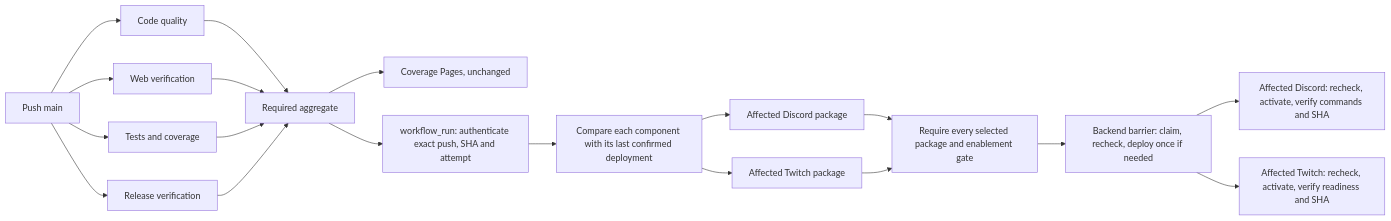
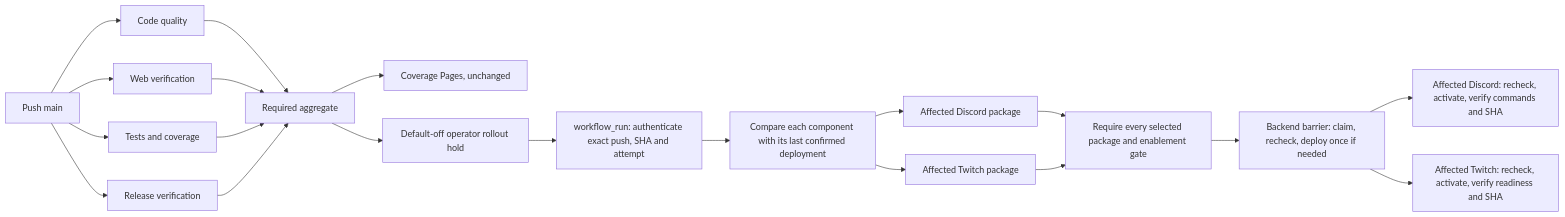
Before and after one commit to jcodog/Cleo: the second of 2 diagrams in docs/production-release-gating.md, drawn with Mermaid. The commit also changed other lines of this file and 17 other files, not shown here.

````diff
--- a/docs/production-release-gating.md
+++ b/docs/production-release-gating.md
@@ -42,17 +42,18 @@
 ```mermaid
 flowchart LR
   push[Push main] --> quality[Code quality]
   push --> web[Web verification]
   push --> coverage[Tests and coverage]
   push --> releases[Release verification]
   quality & web & coverage & releases --> gate[Required aggregate]
   gate --> pages[Coverage Pages, unchanged]
-  gate --> source[workflow_run: authenticate exact push, SHA and attempt]
+  gate --> rollout[Default-off operator rollout hold]
+  rollout --> source[workflow_run: authenticate exact push, SHA and attempt]
   source --> classify[Compare each component with its last confirmed deployment]
   classify --> discord[Affected Discord package]
   classify --> twitch[Affected Twitch package]
   discord & twitch --> packages[Require every selected package and enablement gate]
   packages --> backend[Backend barrier: claim, recheck, deploy once if needed]
   backend --> activate1[Affected Discord: recheck, activate, verify commands and SHA]
   backend --> activate2[Affected Twitch: recheck, activate, verify readiness and SHA]
 ```
````
